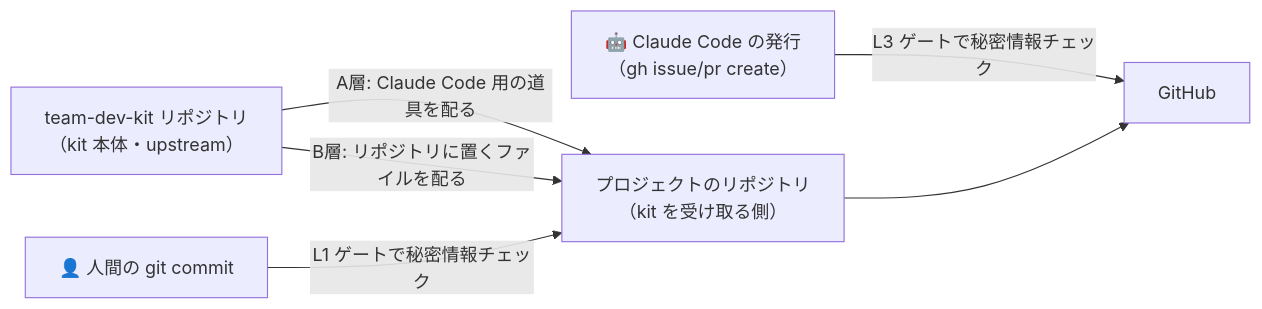
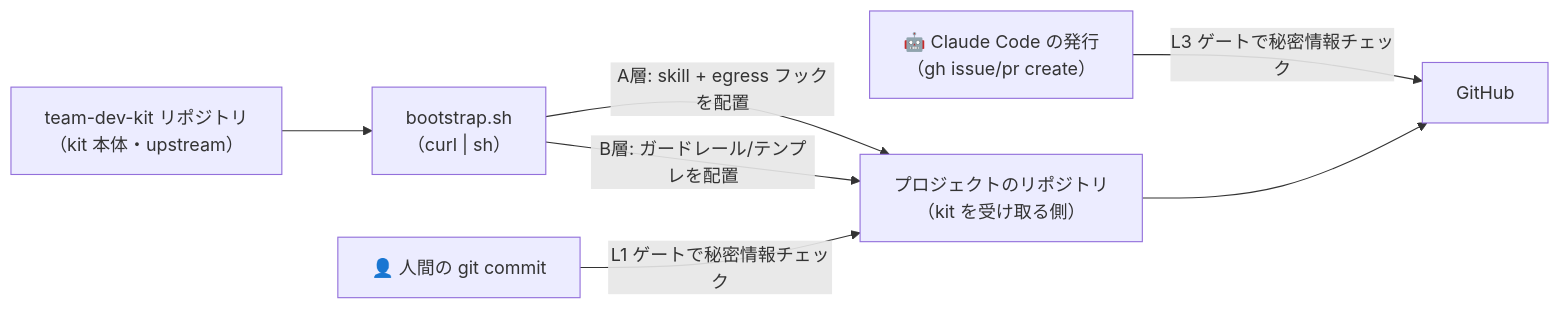
One commit to aRaikoFunakami/team-dev-kit changed the first of 5 diagrams in docs/architecture.md. Above: the diagram before and after it, drawn with Mermaid. The commit also changed other lines of this file and 5 other files, not shown here.

````diff
--- a/docs/architecture.md
+++ b/docs/architecture.md
@@ -66,14 +74,16 @@
 ```mermaid
 graph LR
     KIT["team-dev-kit リポジトリ<br/>（kit 本体・upstream）"]
+    BS["bootstrap.sh<br/>（curl | sh）"]
     REPO["プロジェクトのリポジトリ<br/>（kit を受け取る側）"]
     HUMAN["👤 人間の git commit"]
     CLAUDE["🤖 Claude Code の発行<br/>（gh issue/pr create）"]
     GH["GitHub"]
 
-    KIT -->|A層: Claude Code 用の道具を配る| REPO
-    KIT -->|B層: リポジトリに置くファイルを配る| REPO
+    KIT --> BS
+    BS -->|A層: skill + egress フックを配置| REPO
+    BS -->|B層: ガードレール/テンプレを配置| REPO
     HUMAN -->|L1 ゲートで秘密情報チェック| REPO
     CLAUDE -->|L3 ゲートで秘密情報チェック| GH
     REPO --> GH
 ```
````
